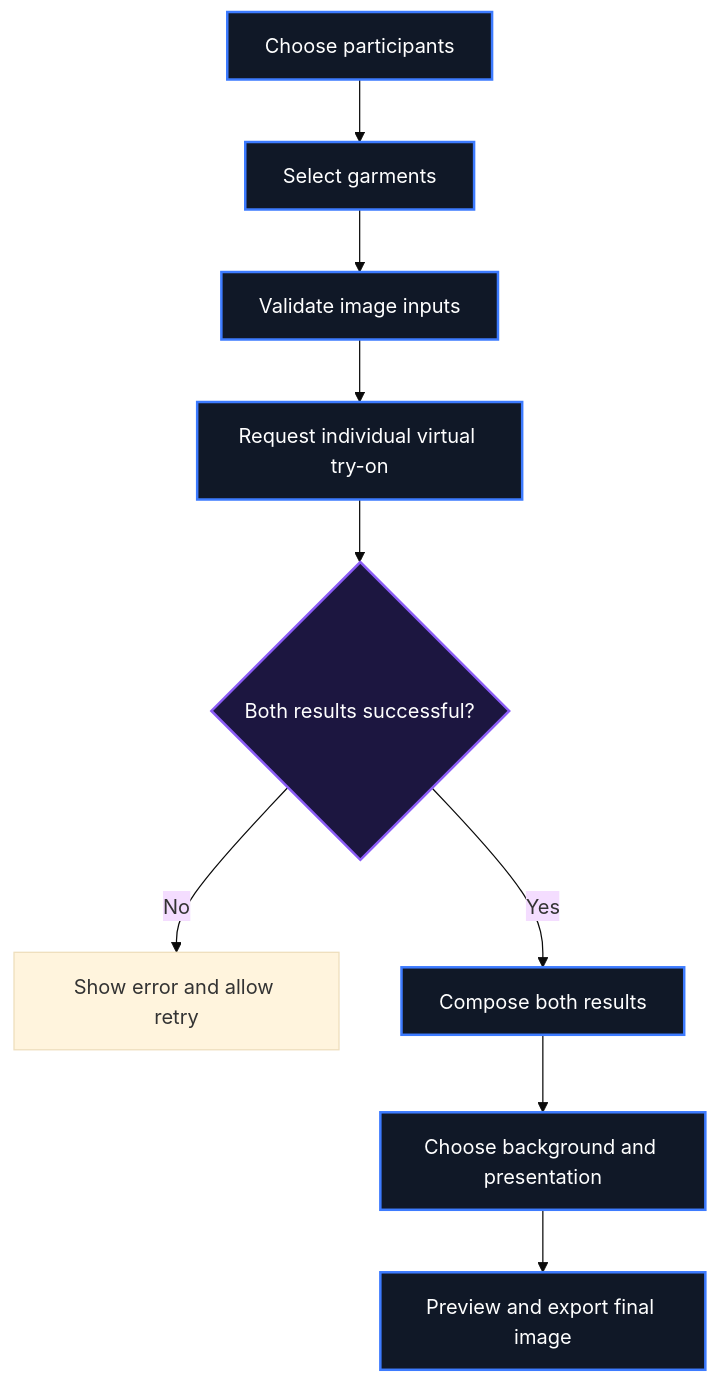
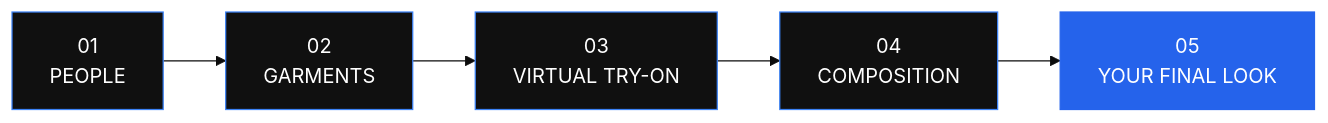
One commit to mohamed-kaif-1/LookMates changed the diagram in README.md. Above: the diagram before and after it, drawn with Mermaid (base theme). The commit also changed other lines of this file, not shown here.

````diff
--- a/README.md
+++ b/README.md
@@ -133,16 +121,13 @@
 ```mermaid
-flowchart TD
-    A[Choose participants] --> B[Select garments]
-    B --> C[Validate image inputs]
-    C --> D[Request individual virtual try-on]
-    D --> E{Both results successful?}
-    E -- No --> F[Show error and allow retry]
-    E -- Yes --> G[Compose both results]
-    G --> H[Choose background and presentation]
-    H --> I[Preview and export final image]
+flowchart LR
+    A["01<br/>PEOPLE"] --> B["02<br/>GARMENTS"]
+    B --> C["03<br/>VIRTUAL TRY-ON"]
+    C --> D["04<br/>COMPOSITION"]
+    D --> E["05<br/>YOUR FINAL LOOK"]
 
-    classDef primary fill:#101827,stroke:#3D7BFF,color:#FFFFFF,stroke-width:2px;
-    classDef decision fill:#1C1640,stroke:#8B5CF6,color:#FFFFFF,stroke-width:2px;
-    class A,B,C,D,G,H,I primary;
-    class E decision;
+    style A fill:#101010,color:#FFFFFF,stroke:#3B82F6
+    style B fill:#101010,color:#FFFFFF,stroke:#3B82F6
+    style C fill:#101010,color:#FFFFFF,stroke:#3B82F6
+    style D fill:#101010,color:#FFFFFF,stroke:#3B82F6
+    style E fill:#2563EB,color:#FFFFFF,stroke:#2563EB
 ```
````
